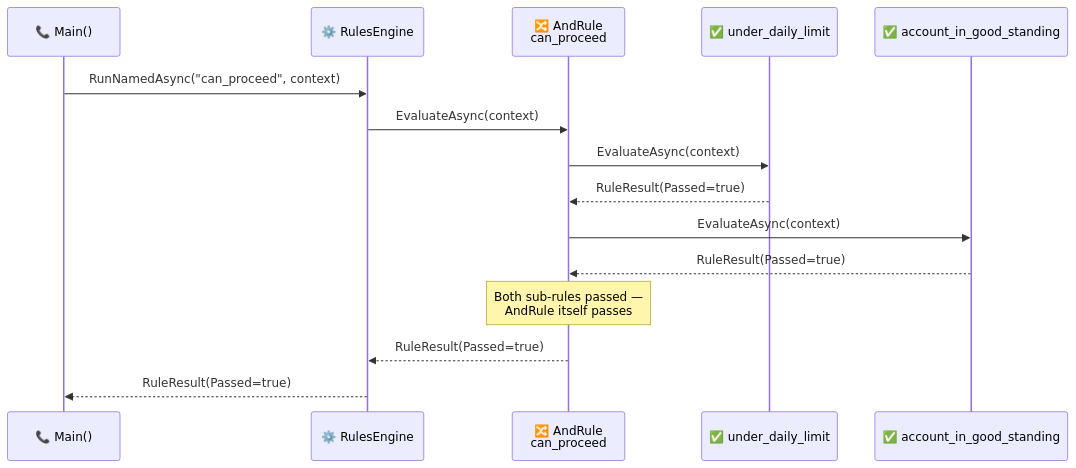
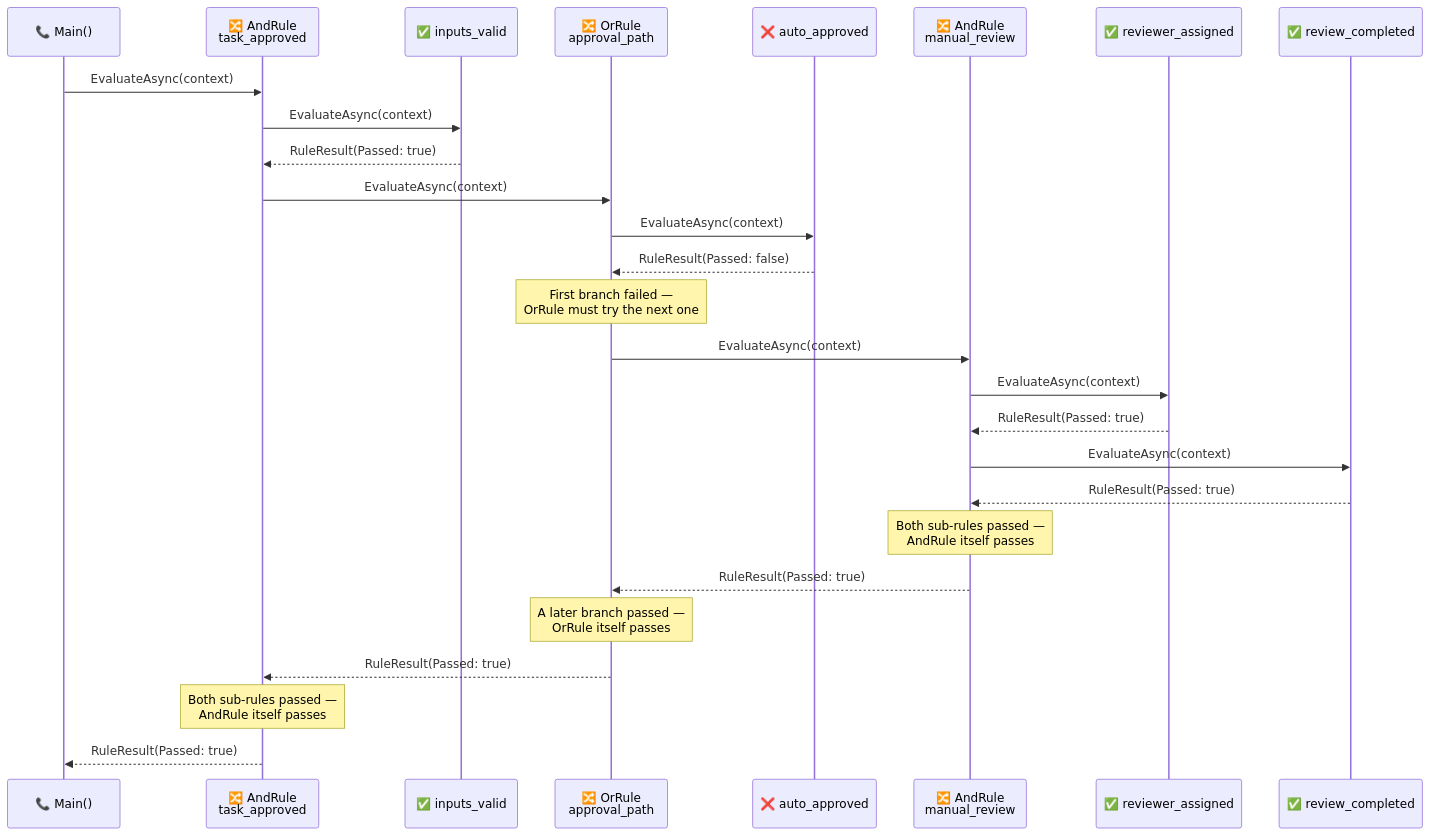
The diagram in csharp/src/VerdictRules/docs/quickstart.md (pawan-vyas/verdict-rules), drawn with Mermaid before and after one commit. The commit also changed other lines of this file and 6 other files, not shown here.

````diff
--- a/csharp/src/VerdictRules/docs/quickstart.md
+++ b/csharp/src/VerdictRules/docs/quickstart.md
@@ -75,18 +106,30 @@
 ```mermaid
 sequenceDiagram
     participant Caller as 📞 Main()
-    participant Engine as ⚙️ RulesEngine
-    participant Combo as 🔀 AndRule<br/>can_proceed
-    participant R1 as ✅ under_daily_limit
-    participant R2 as ✅ account_in_good_standing
+    participant Top as 🔀 AndRule<br/>task_approved
+    participant R1 as ✅ inputs_valid
+    participant Path as 🔀 OrRule<br/>approval_path
+    participant R2 as ❌ auto_approved
+    participant Manual as 🔀 AndRule<br/>manual_review
+    participant R3 as ✅ reviewer_assigned
+    participant R4 as ✅ review_completed
 
-    Caller->>Engine: RunNamedAsync("can_proceed", context)
-    Engine->>Combo: EvaluateAsync(context)
-    Combo->>R1: EvaluateAsync(context)
-    R1-->>Combo: RuleResult(Passed=true)
-    Combo->>R2: EvaluateAsync(context)
-    R2-->>Combo: RuleResult(Passed=true)
-    Note over Combo: Both sub-rules passed —<br/>AndRule itself passes
-    Combo-->>Engine: RuleResult(Passed=true)
-    Engine-->>Caller: RuleResult(Passed=true)
+    Caller->>Top: EvaluateAsync(context)
+    Top->>R1: EvaluateAsync(context)
+    R1-->>Top: RuleResult(Passed: true)
+    Top->>Path: EvaluateAsync(context)
+    Path->>R2: EvaluateAsync(context)
+    R2-->>Path: RuleResult(Passed: false)
+    Note over Path: First branch failed —<br/>OrRule must try the next one
+    Path->>Manual: EvaluateAsync(context)
+    Manual->>R3: EvaluateAsync(context)
+    R3-->>Manual: RuleResult(Passed: true)
+    Manual->>R4: EvaluateAsync(context)
+    R4-->>Manual: RuleResult(Passed: true)
+    Note over Manual: Both sub-rules passed —<br/>AndRule itself passes
+    Manual-->>Path: RuleResult(Passed: true)
+    Note over Path: A later branch passed —<br/>OrRule itself passes
+    Path-->>Top: RuleResult(Passed: true)
+    Note over Top: Both sub-rules passed —<br/>AndRule itself passes
+    Top-->>Caller: RuleResult(Passed: true)
 ```
````
